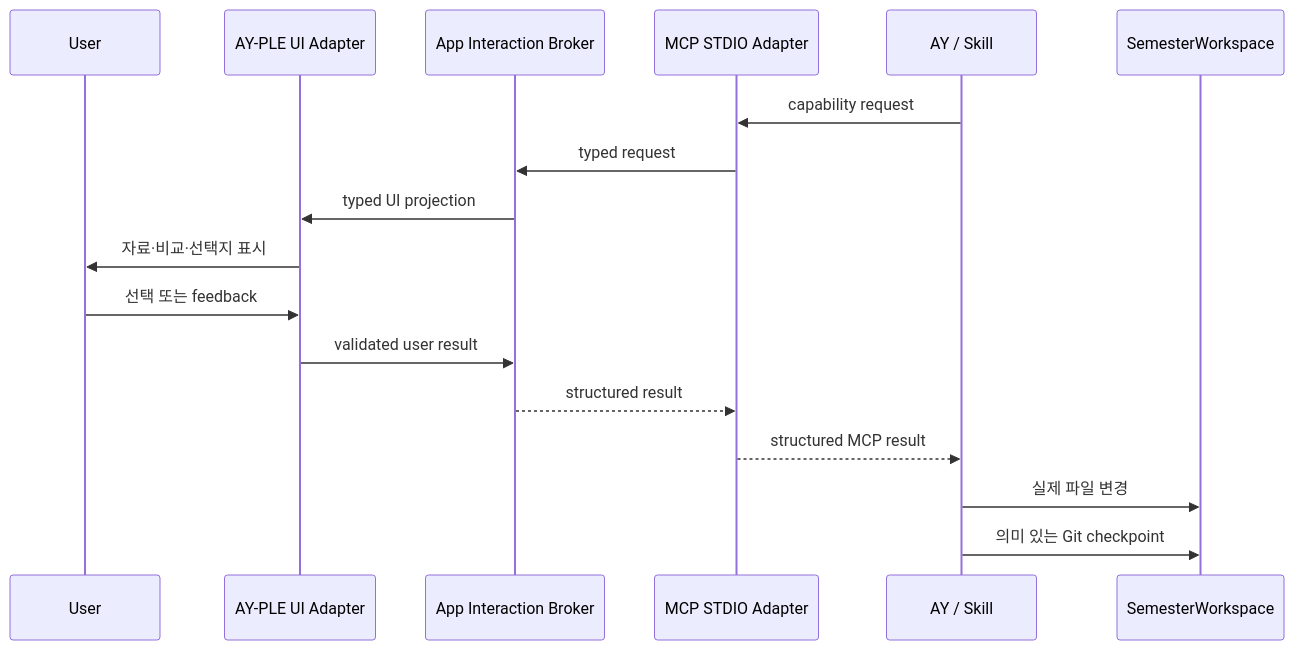
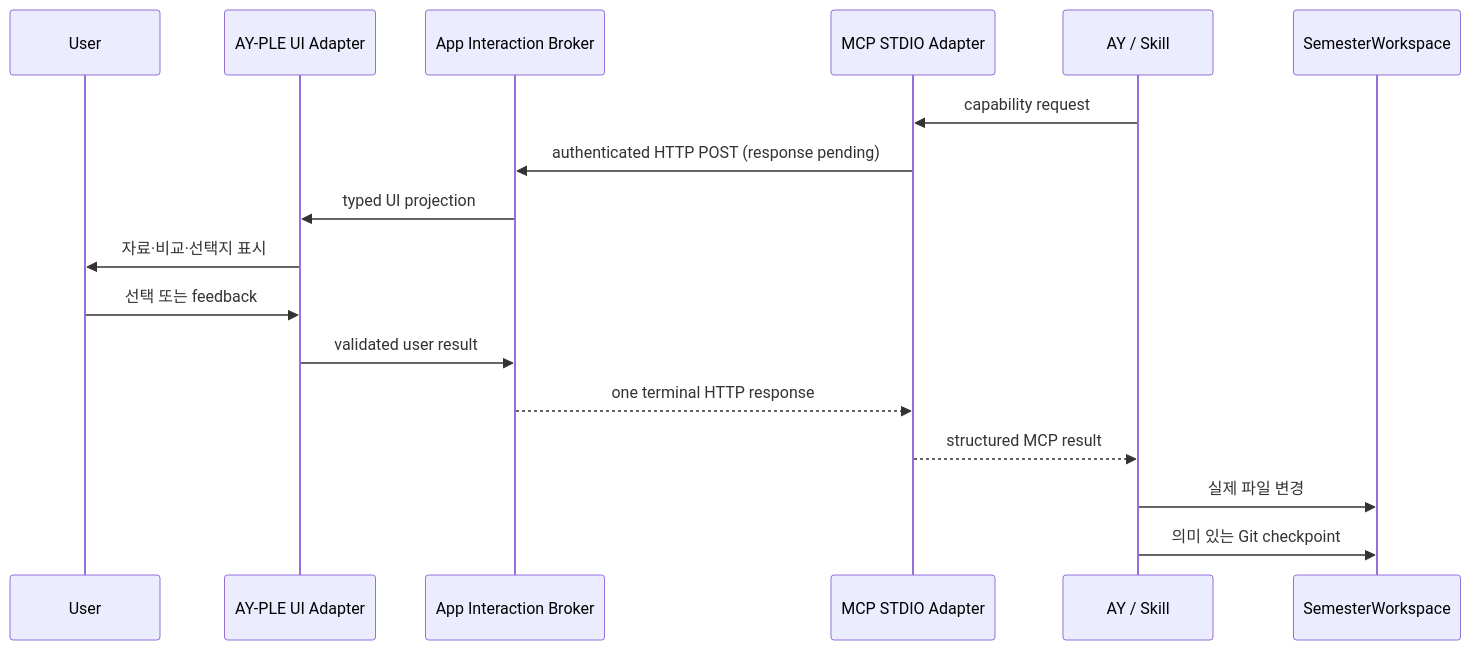
Before and after one commit to Mureung1/hub-showcase: the diagram in docs/architecture/ay-app-interaction-capabilities.md, drawn with Mermaid. The commit also changed other lines of this file and 5 other files, not shown here.

````diff
--- a/docs/architecture/ay-app-interaction-capabilities.md
+++ b/docs/architecture/ay-app-interaction-capabilities.md
@@ -28,20 +28,20 @@
 ```mermaid
 sequenceDiagram
     participant U as User
     participant UI as AY-PLE UI Adapter
     participant B as App Interaction Broker
     participant M as MCP STDIO Adapter
     participant AY as AY / Skill
     participant W as SemesterWorkspace
 
     AY->>M: capability request
-    M->>B: typed request
+    M->>B: authenticated HTTP POST (response pending)
     B->>UI: typed UI projection
     UI->>U: 자료·비교·선택지 표시
     U->>UI: 선택 또는 feedback
     UI->>B: validated user result
-    B-->>M: structured result
+    B-->>M: one terminal HTTP response
     M-->>AY: structured MCP result
     AY->>W: 실제 파일 변경
     AY->>W: 의미 있는 Git checkpoint
 ```
````
